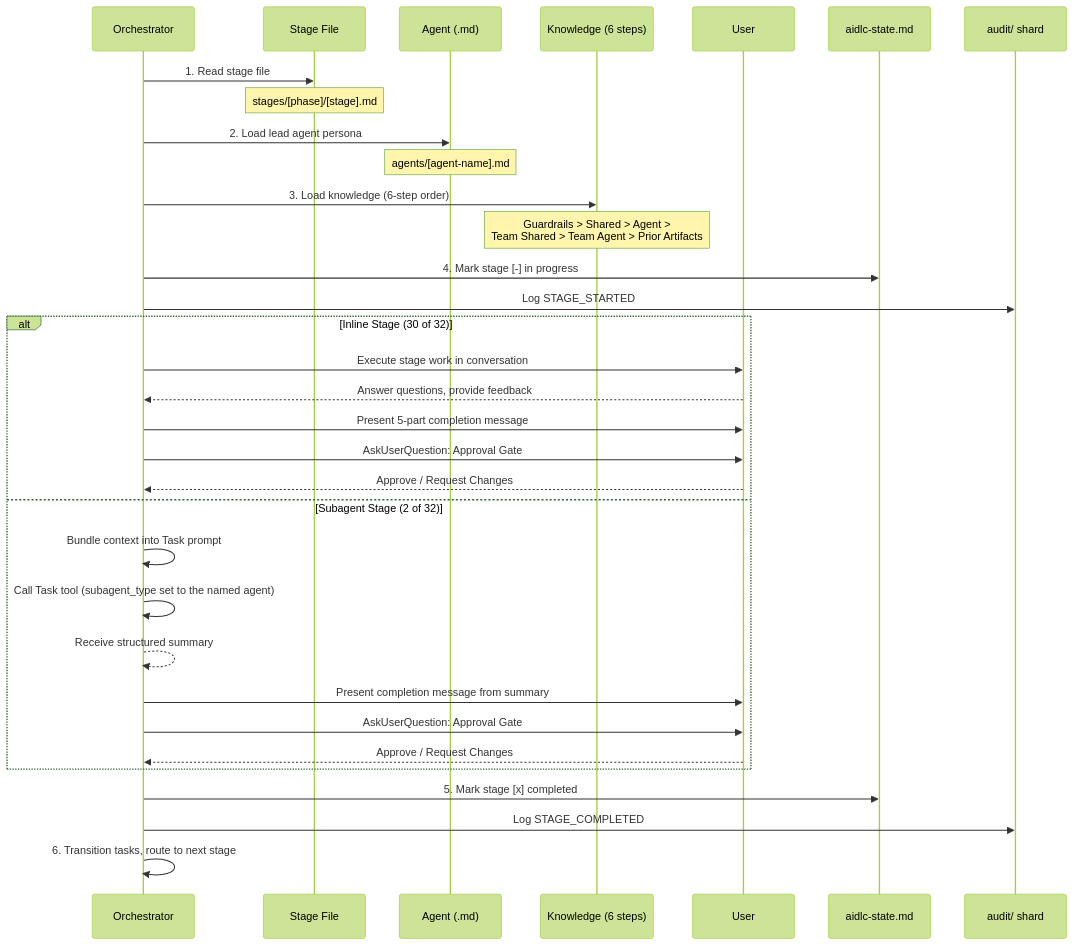
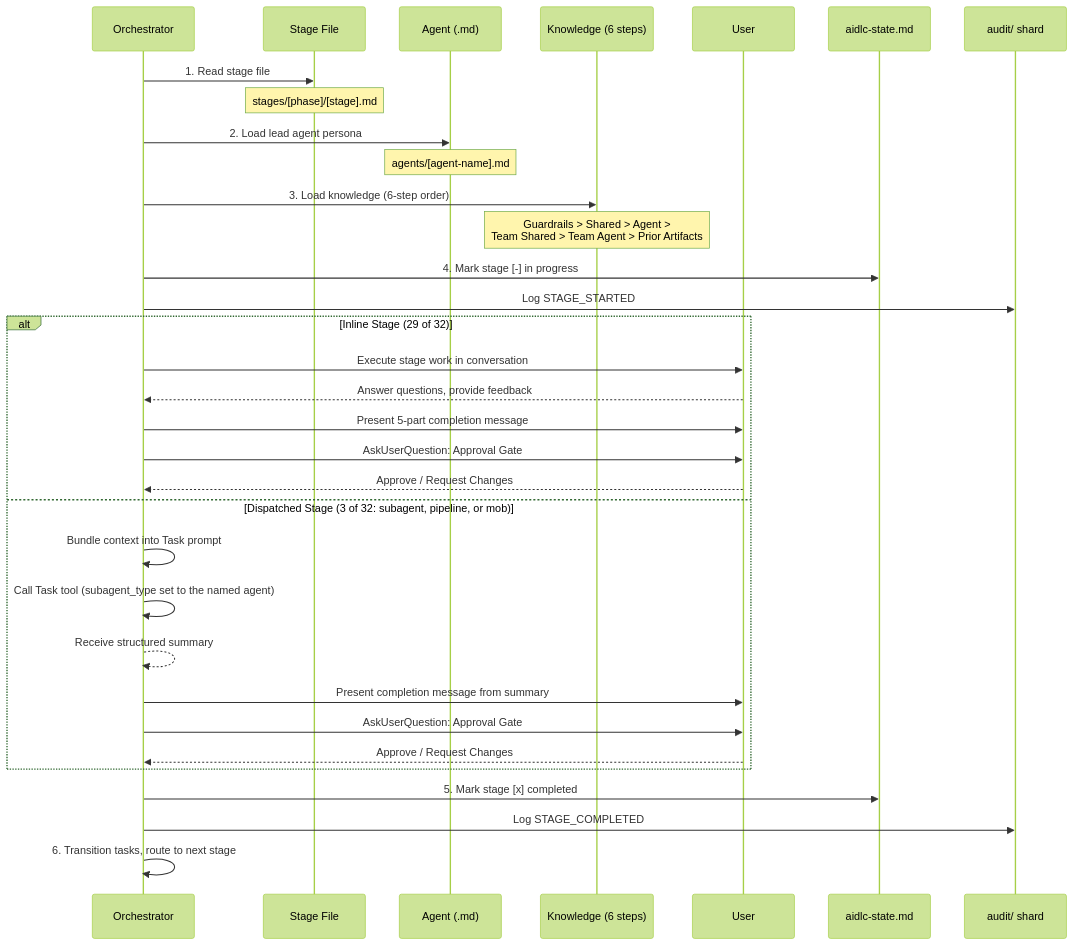
The second of 4 diagrams in docs/reference/03-orchestrator.md (awslabs/aidlc-workflows), drawn with Mermaid (forest theme) before and after one commit. The commit also changed other lines of this file and 143 other files, not shown here.

````diff
--- a/docs/reference/03-orchestrator.md
+++ b/docs/reference/03-orchestrator.md
@@ -307,41 +307,41 @@
 ```mermaid
 sequenceDiagram
     participant O as Orchestrator
     participant SF as Stage File
     participant A as Agent (.md)
     participant K as Knowledge (6 steps)
     participant U as User
     participant S as aidlc-state.md
     participant AU as audit/ shard
 
     O->>SF: 1. Read stage file
     Note over SF: stages/[phase]/[stage].md
 
     O->>A: 2. Load lead agent persona
     Note over A: agents/[agent-name].md
 
     O->>K: 3. Load knowledge (6-step order)
     Note over K: Guardrails > Shared > Agent ><br/>Team Shared > Team Agent > Prior Artifacts
 
     O->>S: 4. Mark stage [-] in progress
     O->>AU: Log STAGE_STARTED
 
-    alt Inline Stage (30 of 32)
+    alt Inline Stage (29 of 32)
         O->>U: Execute stage work in conversation
         U-->>O: Answer questions, provide feedback
         O->>U: Present 5-part completion message
         O->>U: AskUserQuestion: Approval Gate
         U-->>O: Approve / Request Changes
-    else Subagent Stage (2 of 32)
+    else Dispatched Stage (3 of 32: subagent, pipeline, or mob)
         O->>O: Bundle context into Task prompt
         O->>O: Call Task tool (subagent_type set to the named agent)
         O-->>O: Receive structured summary
         O->>U: Present completion message from summary
         O->>U: AskUserQuestion: Approval Gate
         U-->>O: Approve / Request Changes
     end
 
     O->>S: 5. Mark stage [x] completed
     O->>AU: Log STAGE_COMPLETED
     O->>O: 6. Transition tasks, route to next stage
 ```
````
